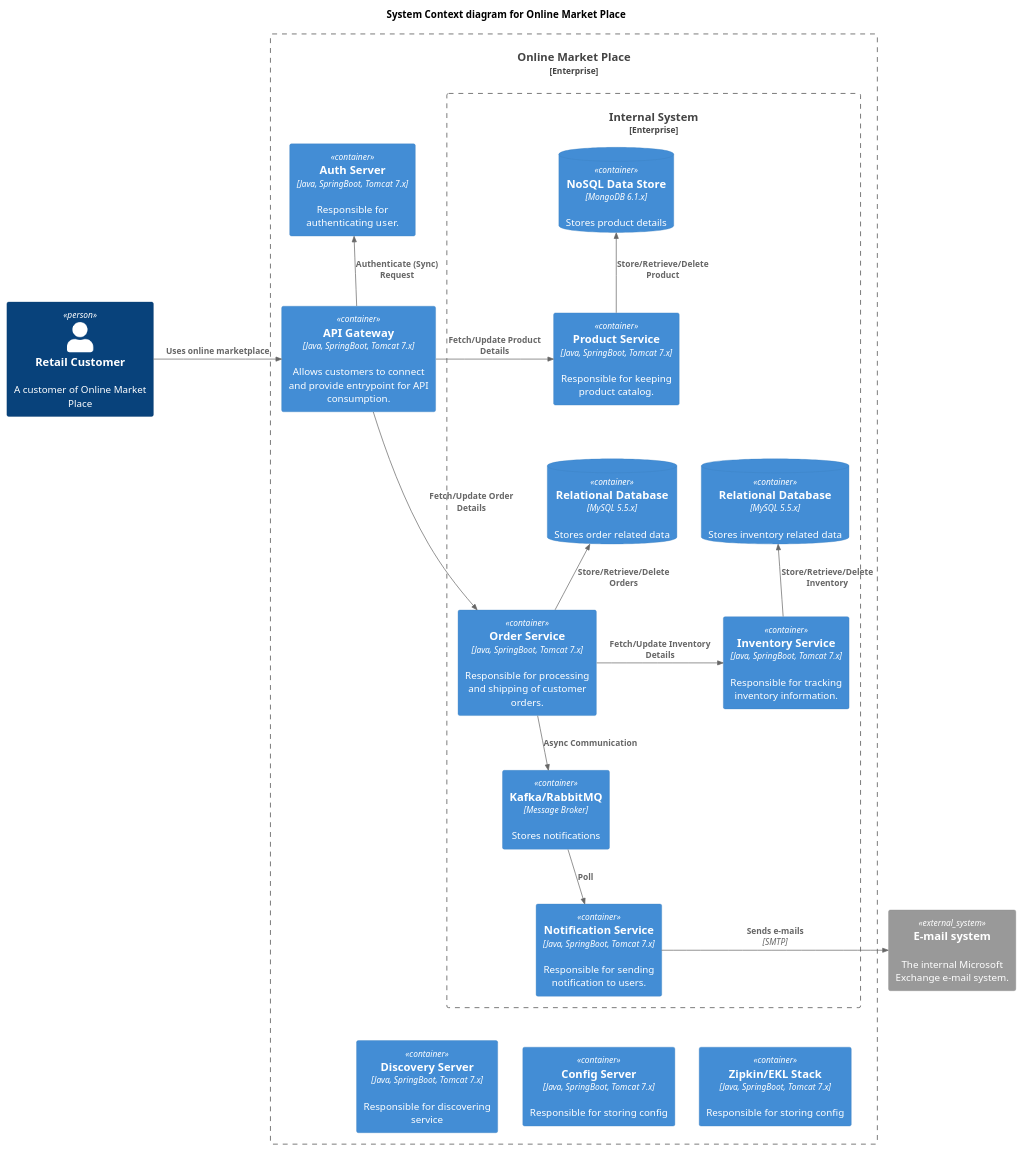
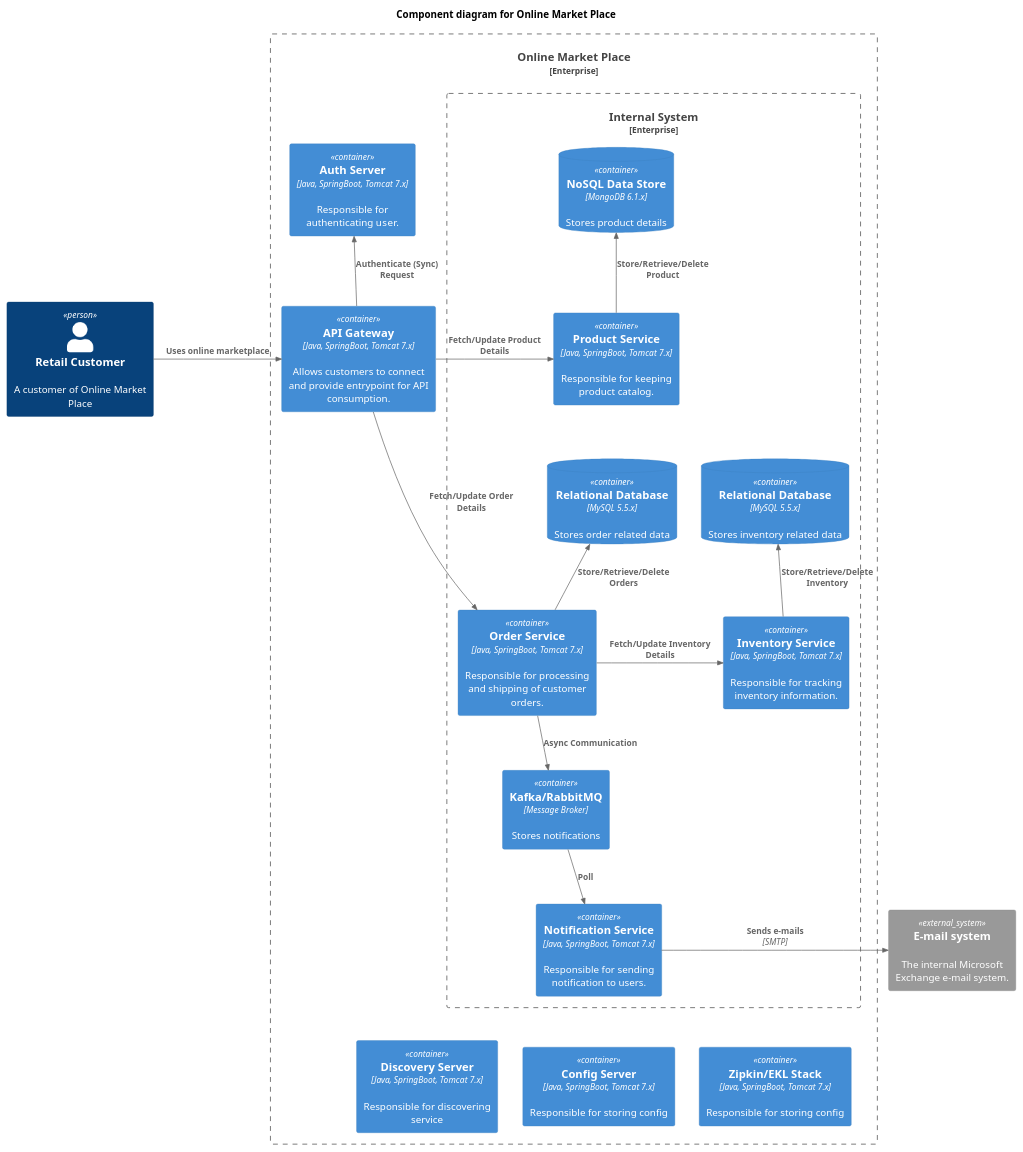
The diagram in marketplace-architecture-ms/src/adr/online_shopping_portal_component_context.puml (bhargrah/online-marketplace-project-ws), drawn with PlantUML before and after one commit. The commit also changed 1 other file, not shown here.

Commit message:
Adding component diagram

```diff
--- a/marketplace-architecture-ms/src/adr/online_shopping_portal_component_context.puml
+++ b/marketplace-architecture-ms/src/adr/online_shopping_portal_component_context.puml
@@ -1,66 +1,66 @@
-@startuml "techtribesjs"
+@startuml "enterpise"
 !includeurl https://raw.githubusercontent.com/RicardoNiepel/C4-PlantUML/master/C4_Container.puml
 !includeurl https://raw.githubusercontent.com/RicardoNiepel/C4-PlantUML/master/C4_Container.puml
 
 '!include ../C4_Context.puml
 
 LAYOUT_TOP_DOWN()
 'LAYOUT_AS_SKETCH()
 'LAYOUT_WITH_LEGEND()
 
-title System Context diagram for Online Market Place
+title Component diagram for Online Market Place
 
 Person(retail_customer, "Retail Customer", "A customer of Online Market Place")
 
 System_Ext(mail_system, "E-mail system", "The internal Microsoft Exchange e-mail system.")
 
 
 Enterprise_Boundary(c0, "Online Market Place") {
 
     Container(api_gateway, "API Gateway", "Java, SpringBoot, Tomcat 7.x", "Allows customers to connect and provide entrypoint for API consumption.")
     Container(auth_service, "Auth Server", "Java, SpringBoot, Tomcat 7.x", "Responsible for authenticating user.")
 
     Enterprise_Boundary(c1, "Internal System") {
     Container(product_service, "Product Service", "Java, SpringBoot, Tomcat 7.x", "Responsible for keeping product catalog.")
     ContainerDb(nosql, "NoSQL Data Store", "MongoDB 6.1.x", "Stores product details")
     Container(order_service, "Order Service", "Java, SpringBoot, Tomcat 7.x", "Responsible for processing and shipping of customer orders.")
     ContainerDb(rel_db_order, "Relational Database", "MySQL 5.5.x", "Stores order related data")
     Container(inventory_service, "Inventory Service", "Java, SpringBoot, Tomcat 7.x", "Responsible for tracking inventory information.")
     ContainerDb(rel_db_inventory, "Relational Database", "MySQL 5.5.x", "Stores inventory related data")
     Container(filesystem, "Kafka/RabbitMQ", "Message Broker", "Stores notifications")
     Container(notification_service, "Notification Service", "Java, SpringBoot, Tomcat 7.x", "Responsible for sending notification to users.")
     }
 
     Container(eureka, "Discovery Server", "Java, SpringBoot, Tomcat 7.x", "Responsible for discovering service")
     Container(config, "Config Server", "Java, SpringBoot, Tomcat 7.x", "Responsible for storing config")
     Container(zipkin, "Zipkin/EKL Stack", "Java, SpringBoot, Tomcat 7.x", "Responsible for storing config")
 
 
 
 }
 
 Rel_R(retail_customer, api_gateway, "Uses online marketplace")
 Rel_U(api_gateway, auth_service, "Authenticate (Sync) Request")
 Rel_R(api_gateway, product_service, "Fetch/Update Product Details")
 Rel_U(product_service, nosql, "Store/Retrieve/Delete Product")
 Rel_R(api_gateway, order_service, "Fetch/Update Order Details")
 Rel_U(order_service, rel_db_order, "Store/Retrieve/Delete Orders")
 Rel_U(inventory_service, rel_db_inventory, "Store/Retrieve/Delete Inventory")
 
 Lay_D(product_service, rel_db_order)
 Lay_D(product_service, order_service)
 Lay_D(order_service, filesystem)
 
 
 Lay_D(notification_service, eureka)
 Lay_D(notification_service, config)
 Lay_D(notification_service, zipkin)
 
 Rel_R(order_service, inventory_service, "Fetch/Update Inventory Details")
 
 Rel(order_service, filesystem, "Async Communication")
 Rel(filesystem, notification_service, "Poll")
 
 Rel_Neighbor(notification_service, mail_system, "Sends e-mails", "SMTP")
 
 @enduml
```
